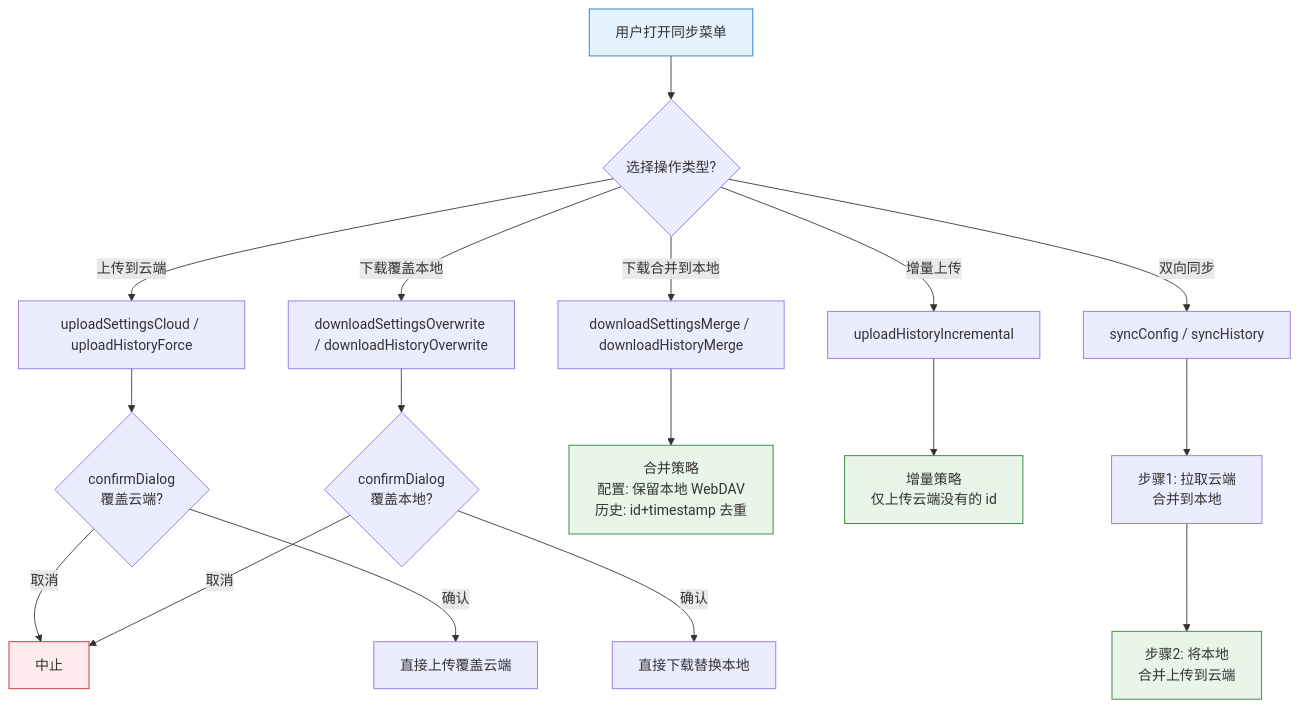
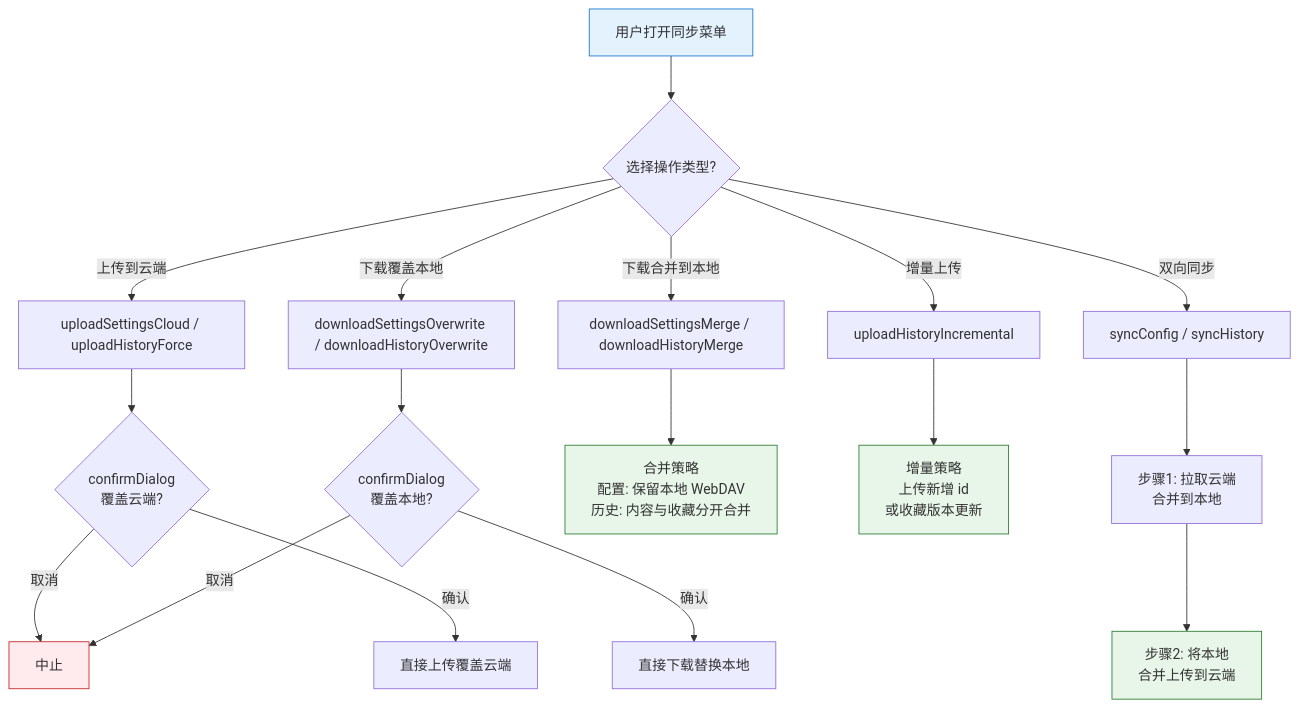
Before and after one commit to joeyliu6/PicNexus: the third of 3 diagrams in docs/flows/sync-flow.md, drawn with Mermaid. The commit also changed other lines of this file and 22 other files, not shown here.

````diff
--- a/docs/flows/sync-flow.md
+++ b/docs/flows/sync-flow.md
@@ -128,33 +128,33 @@
 ```mermaid
 flowchart TD
     A[用户打开同步菜单] --> B{选择操作类型?}
 
     B -- 上传到云端 --> U1[uploadSettingsCloud / uploadHistoryForce]
     B -- 下载覆盖本地 --> D1[downloadSettingsOverwrite / downloadHistoryOverwrite]
     B -- 下载合并到本地 --> D2[downloadSettingsMerge / downloadHistoryMerge]
     B -- 增量上传 --> U2[uploadHistoryIncremental]
     B -- 双向同步 --> S1[syncConfig / syncHistory]
 
     %% 覆盖类操作：二次确认
     U1 --> U1C{confirmDialog<br/>覆盖云端?}
     D1 --> D1C{confirmDialog<br/>覆盖本地?}
     U1C -- 取消 --> X[中止]
     D1C -- 取消 --> X
     U1C -- 确认 --> U1E[直接上传覆盖云端]
     D1C -- 确认 --> D1E[直接下载替换本地]
 
     %% 合并类操作：无确认直接执行
-    D2 --> D2E["合并策略<br/>配置: 保留本地 WebDAV<br/>历史: id+timestamp 去重"]
-    U2 --> U2E["增量策略<br/>仅上传云端没有的 id"]
+    D2 --> D2E["合并策略<br/>配置: 保留本地 WebDAV<br/>历史: 内容与收藏分开合并"]
+    U2 --> U2E["增量策略<br/>上传新增 id<br/>或收藏版本更新"]
 
     %% 双向同步：先拉取合并 → 再上传合并
     S1 --> S1A[步骤1: 拉取云端<br/>合并到本地]
     S1A --> S1B[步骤2: 将本地<br/>合并上传到云端]
 
     %% 样式
     style A fill:#e3f2fd,stroke:#1976d2
     style X fill:#ffebee,stroke:#c62828
     style D2E fill:#e8f5e9,stroke:#2e7d32
     style U2E fill:#e8f5e9,stroke:#2e7d32
     style S1B fill:#e8f5e9,stroke:#2e7d32
 ```
````
